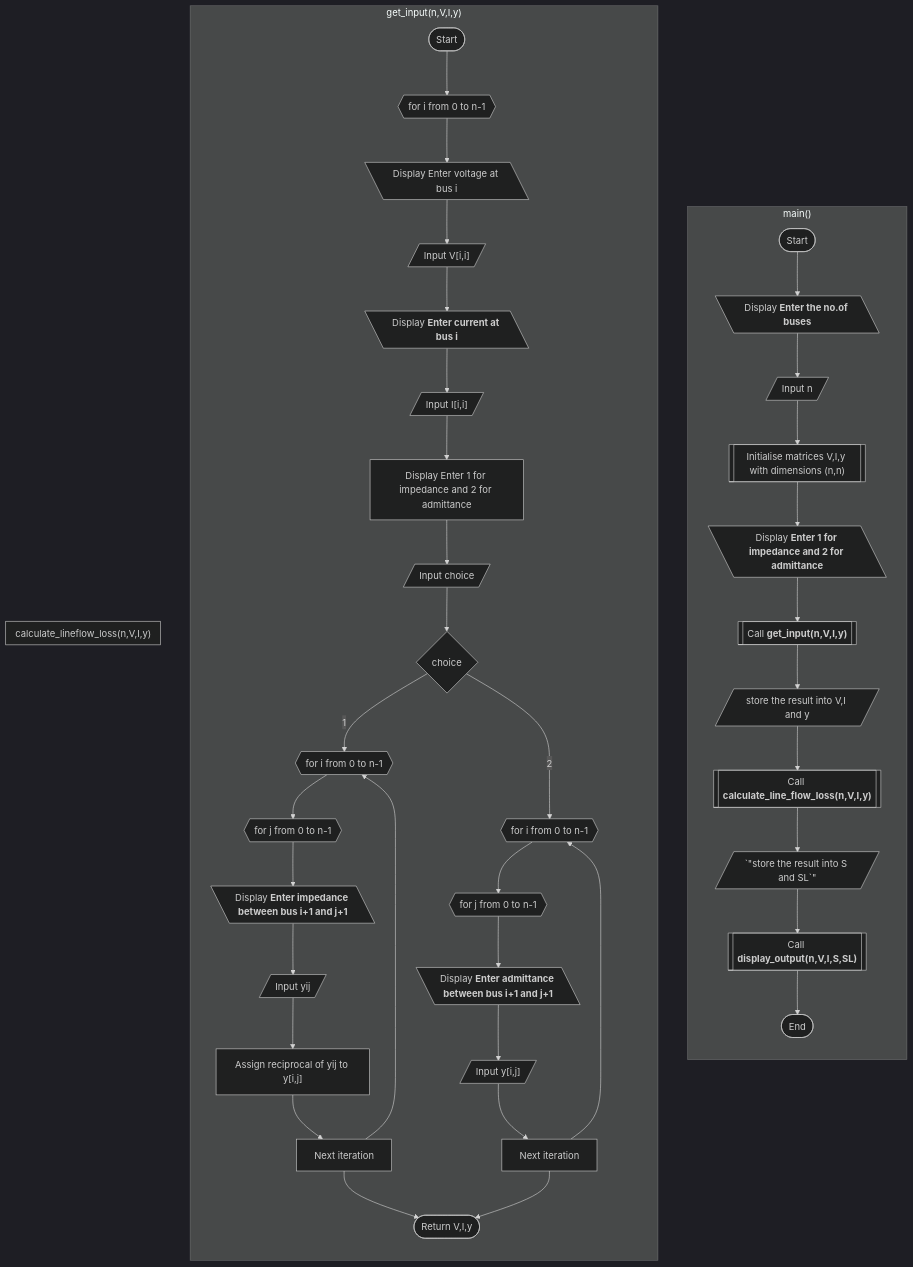
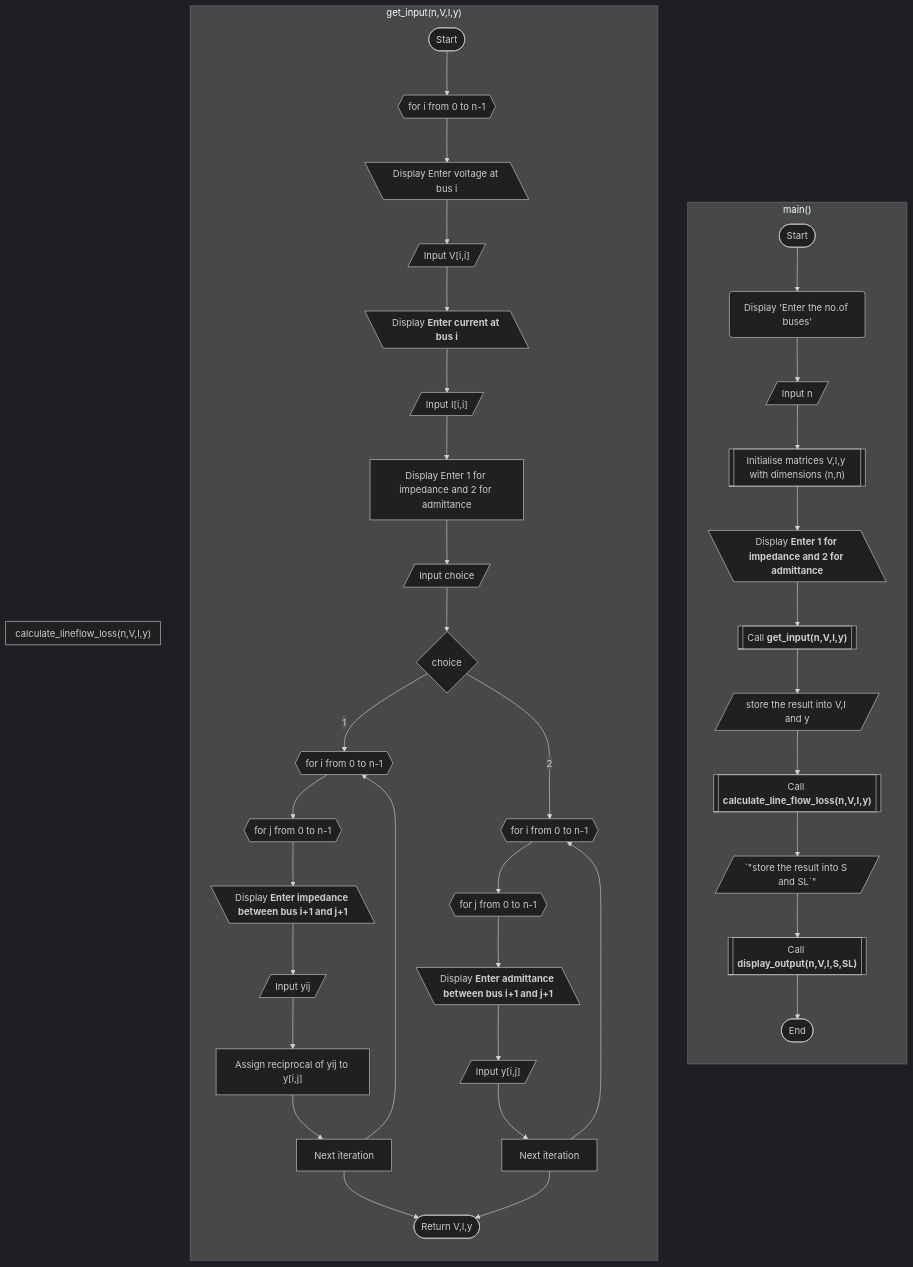
The diagram in README.md (Sree2011/line-flows-and-losses), drawn with Mermaid (dark theme) before and after one commit.

````diff
--- a/README.md
+++ b/README.md
@@ -219,48 +219,48 @@
 ```mermaid
 graph TB
 subgraph "main()"
     direction TB
-    A1([Start]) --> B1[\"`Display **Enter the no.of buses**`"\]
+    A1([Start]) --> B1(Display 'Enter the no.of buses')
     B1 --> C1[/Input n/]
     C1 --> D1[["`Initialise matrices V,I,y with dimensions (n,n)`"]]
     D1 --> E1[\"`Display **Enter 1 for impedance and 2 for admittance**`"\]
     E1 --> G1[["`Call **get_input(n,V,I,y)**`"]]
     G1 --> H1[/"`store the result into V,I and y`"/]
     H1 --> I1[["`Call **calculate_line_flow_loss(n,V,I,y)**`"]]
     I1 --> J1[/`"store the result into S and SL`"/]
     J1 --> K1[["`Call **display_output(n,V,I,S,SL)**`"]]
     K1 --> M1([End])
 end
 
 subgraph "get_input(n,V,I,y)"
     direction TB
     A2([Start]) --> B2[for i from 0 to n-1]@{shape: hex}
     B2 --> C2[\"`Display Enter voltage at bus i`"\]
     C2 --> D2[/"`Input V[i,i]`"/]
     D2 --> E2[\"`Display **Enter current at bus i**`"\]
     E2 --> F2[/"Input I[i,i]"/]
     F2 --> G2["` Display Enter 1 for impedance and 2 for admittance`"]
     G2 --> H2[/Input choice/]
     H2 --> I2[choice]@{shape: diam}
     I2 --> |1| I3[for i from 0 to n-1]@{shape: hex}
     I3 --> I4[for j from 0 to n-1]@{shape: hex}
     I4 --> I5["`Display **Enter impedance between bus i+1 and j+1**`"]@{shape: lean-left}
     I5 --> I6[/Input yij/]
     I6 --> I7["`Assign reciprocal of yij to y[i,j]`"]
     I7 --> I8[Next iteration]
     I8 --> I3
     I2 --> |2| I9[for i from 0 to n-1]@{shape: hex}
     I9 --> I10[for j from 0 to n-1]@{shape: hex}
     I10 --> I11[\"`Display **Enter admittance between bus i+1 and j+1**`"\]
     I11 --> I12[/"`Input y[i,j]`"/]
     I12 --> I13[Next iteration]
     I13 --> I9
 
     I8 --> I14["`Return V,I,y`"]@{shape: stadium}
     I13 --> I14
 end
 
 subgraph "calculate_lineflow_loss(n,V,I,y)"
 end
 
 ```
````
